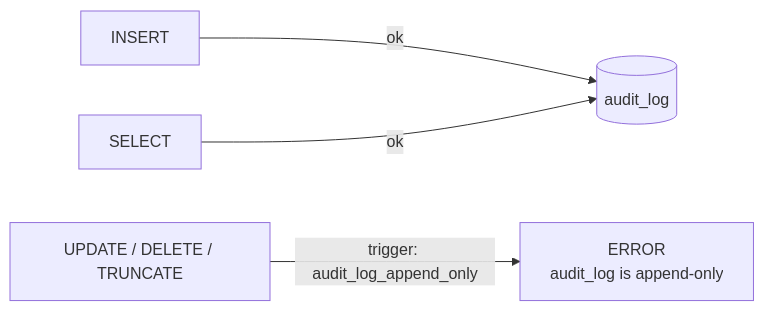
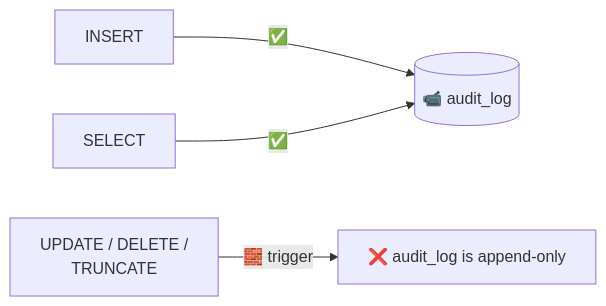
Before and after one commit to musishere/Warden-tickmark: diagram 13 of 24 in warden/docs/how-it-works.md, drawn with Mermaid. The commit also changed other lines of this file and 16 other files, not shown here.

````diff
--- a/warden/docs/how-it-works.md
+++ b/warden/docs/how-it-works.md
@@ -475,6 +670,6 @@
 ```mermaid
 flowchart LR
-    I[INSERT] -->|ok| T[(audit_log)]
-    S[SELECT] -->|ok| T
-    U[UPDATE / DELETE / TRUNCATE] -->|trigger: audit_log_append_only| X[ERROR<br/>audit_log is append-only]
+    I["INSERT"] -->|"✅"| T[("📹 audit_log")]
+    S["SELECT"] -->|"✅"| T
+    U["UPDATE / DELETE /<br/>TRUNCATE"] -->|"🧱 trigger"| X["❌ audit_log is append-only"]
 ```
````
